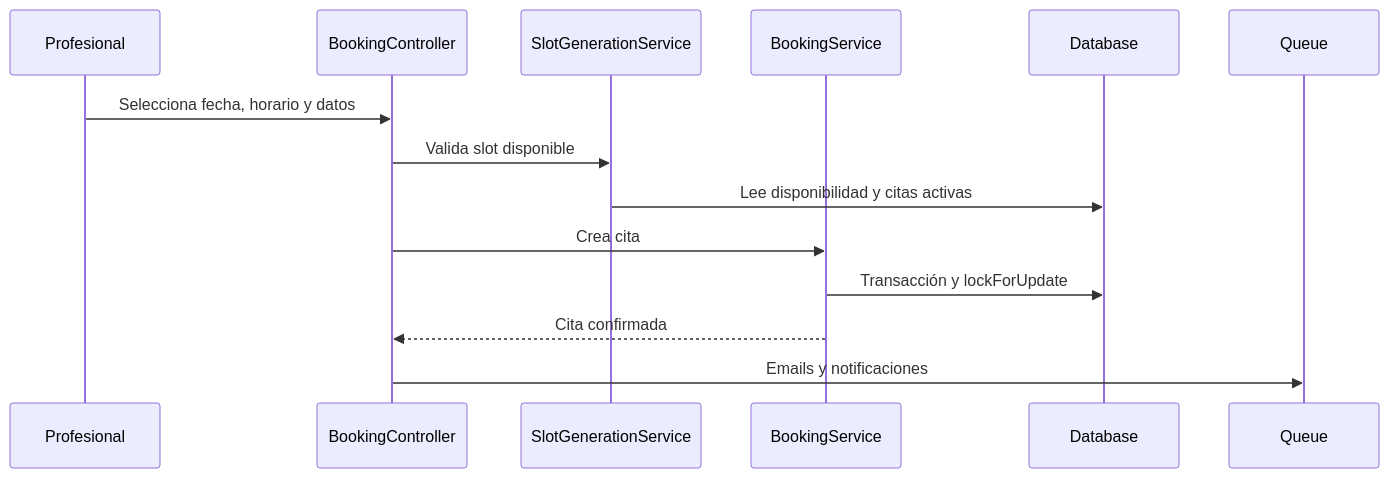
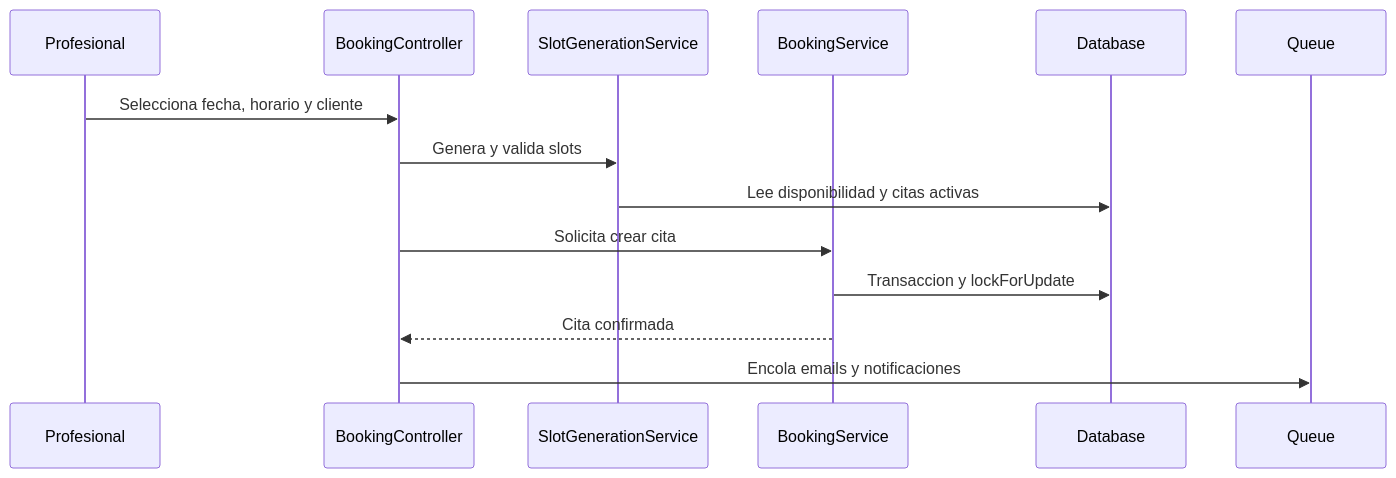
One commit to stefan-re-bl/appointments-kit changed the second of 3 diagrams in ARCHITECTURE.md. Above: the diagram before and after it, drawn with Mermaid. The commit also changed other lines of this file and 101 other files, not shown here.

````diff
--- a/ARCHITECTURE.md
+++ b/ARCHITECTURE.md
@@ -84,17 +132,17 @@
 ```mermaid
 sequenceDiagram
-    participant User as Profesional
+    participant Pro as Profesional
     participant Web as BookingController
     participant Slots as SlotGenerationService
     participant Booking as BookingService
     participant DB as Database
     participant Jobs as Queue
 
-    User->>Web: Selecciona fecha, horario y datos
-    Web->>Slots: Valida slot disponible
+    Pro->>Web: Selecciona fecha, horario y cliente
+    Web->>Slots: Genera y valida slots
     Slots->>DB: Lee disponibilidad y citas activas
-    Web->>Booking: Crea cita
-    Booking->>DB: Transacción y lockForUpdate
+    Web->>Booking: Solicita crear cita
+    Booking->>DB: Transaccion y lockForUpdate
     Booking-->>Web: Cita confirmada
-    Web->>Jobs: Emails y notificaciones
+    Web->>Jobs: Encola emails y notificaciones
 ```
````
